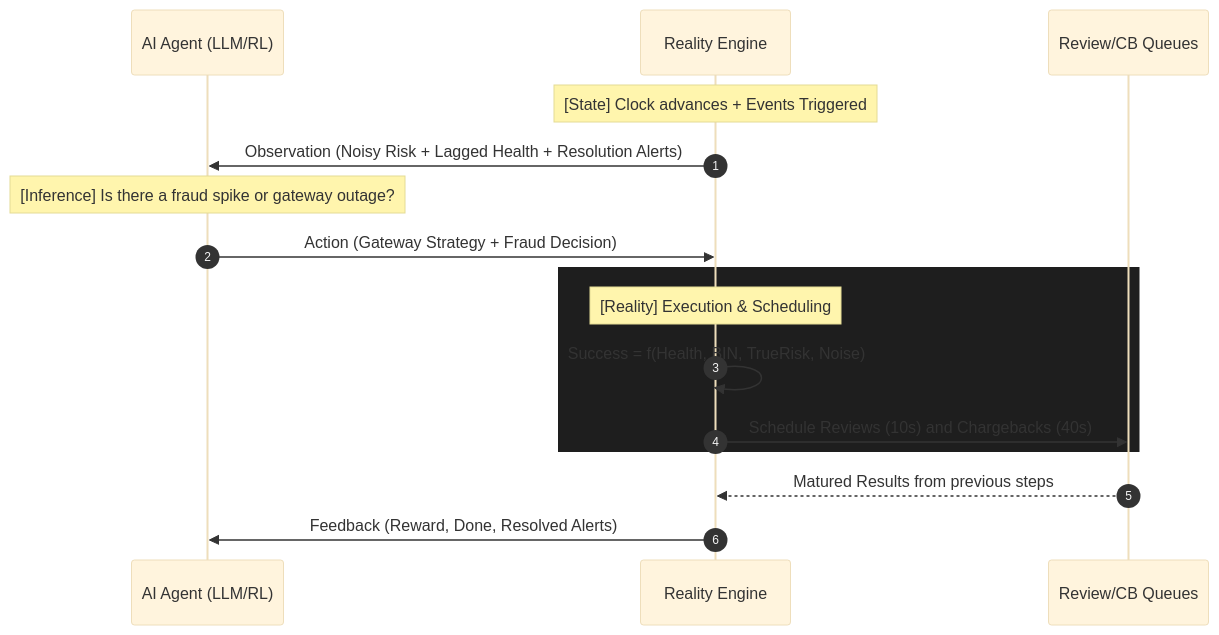
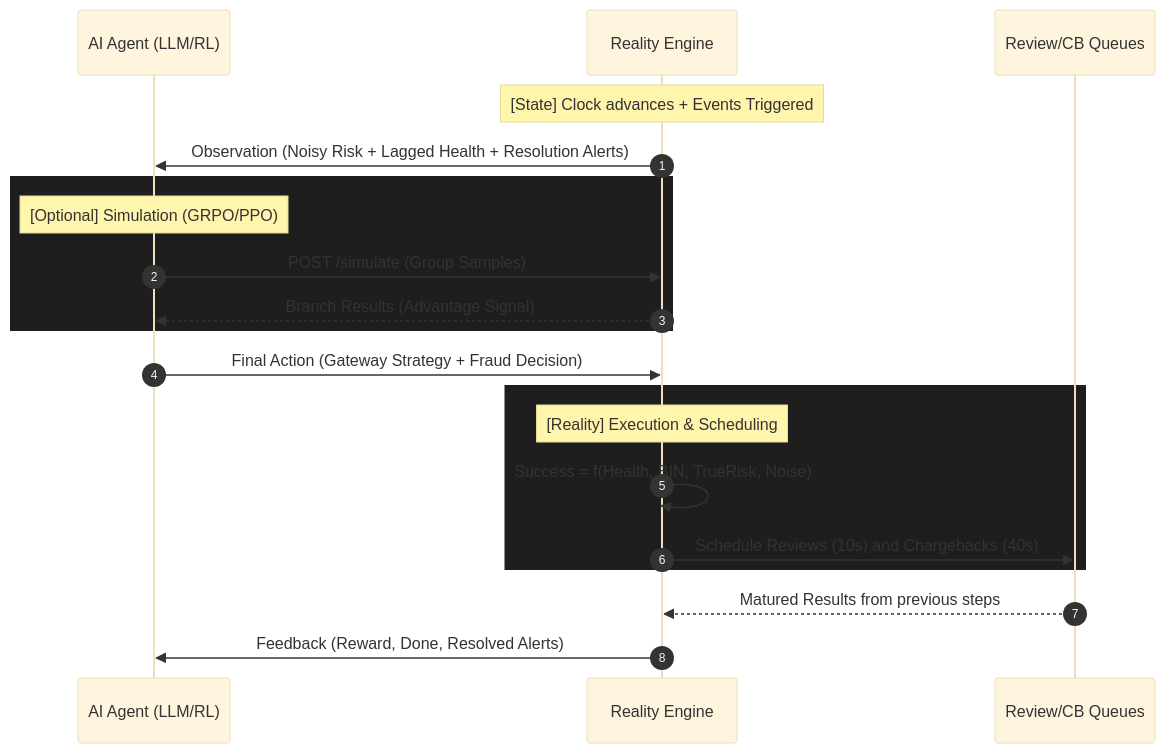
One commit to pratap-nitjsr/SmartPayEnv changed the second of 2 diagrams in README.md. Above: the diagram before and after it, drawn with Mermaid (base theme). The commit also changed other lines of this file and 5 other files, not shown here.

Commit message:
implement GRPO-style preference learning, simulation branching, and expanded documentation

````diff
--- a/README.md
+++ b/README.md
@@ -78,22 +78,27 @@
 ```mermaid
 sequenceDiagram
     autonumber
     participant Agent as AI Agent (LLM/RL)
     participant Env as Reality Engine
     participant Queue as Review/CB Queues
 
     Note over Env: [State] Clock advances + Events Triggered
     Env->>Agent: Observation (Noisy Risk + Lagged Health + Resolution Alerts)
     
-    Note over Agent: [Inference] Is there a fraud spike or gateway outage?
-    Agent->>Env: Action (Gateway Strategy + Fraud Decision)
+    rect rgb(30, 30, 30)
+        Note over Agent: [Optional] Simulation (GRPO/PPO)
+        Agent->>Env: POST /simulate (Group Samples)
+        Env-->>Agent: Branch Results (Advantage Signal)
+    end
+
+    Agent->>Env: Final Action (Gateway Strategy + Fraud Decision)
 
     rect rgb(30, 30, 30)
         Note over Env: [Reality] Execution & Scheduling
         Env->>Env: Success = f(Health, BIN, TrueRisk, Noise)
         Env->>Queue: Schedule Reviews (10s) and Chargebacks (40s)
     end
 
     Queue-->>Env: Matured Results from previous steps
     Env->>Agent: Feedback (Reward, Done, Resolved Alerts)
 ```
````
